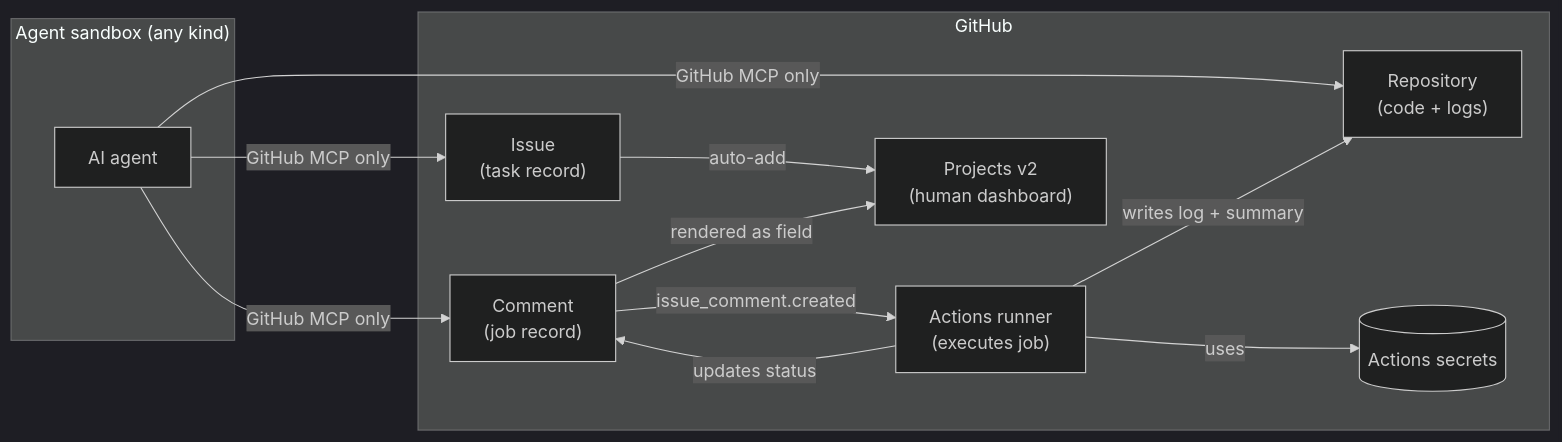
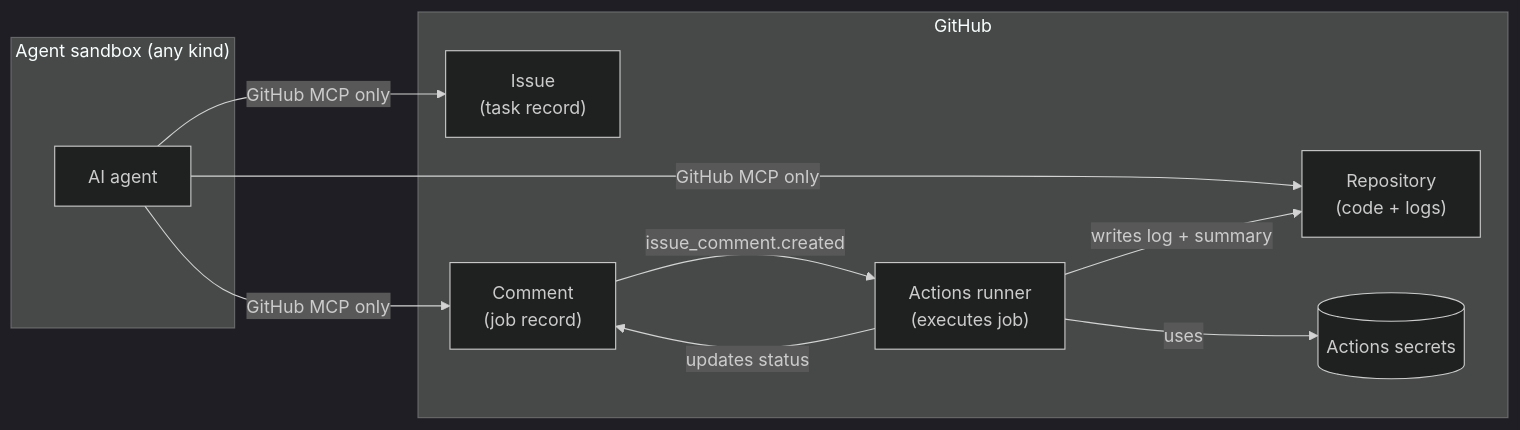
Before and after one commit to lago-morph/poc-github-ai-sandbox: the diagram in README.md, drawn with Mermaid (dark theme). The commit also changed other lines of this file and 2 other files, not shown here.

````diff
--- a/README.md
+++ b/README.md
@@ -20,27 +132,23 @@
 ```mermaid
 flowchart LR
     subgraph Sandbox["Agent sandbox (any kind)"]
         Agent["AI agent"]
     end
 
     subgraph GH["GitHub"]
         Issue["Issue<br/>(task record)"]
         Comment["Comment<br/>(job record)"]
         Repo["Repository<br/>(code + logs)"]
         Runner["Actions runner<br/>(executes job)"]
         Secrets[("Actions secrets")]
-        Project["Projects v2<br/>(human dashboard)"]
     end
 
     Agent -- "GitHub MCP only" --> Issue
     Agent -- "GitHub MCP only" --> Comment
     Agent -- "GitHub MCP only" --> Repo
 
     Comment -- "issue_comment.created" --> Runner
     Runner -- "uses" --> Secrets
     Runner -- "writes log + summary" --> Repo
     Runner -- "updates status" --> Comment
-
-    Issue -- "auto-add" --> Project
-    Comment -- "rendered as field" --> Project
 ```
````
